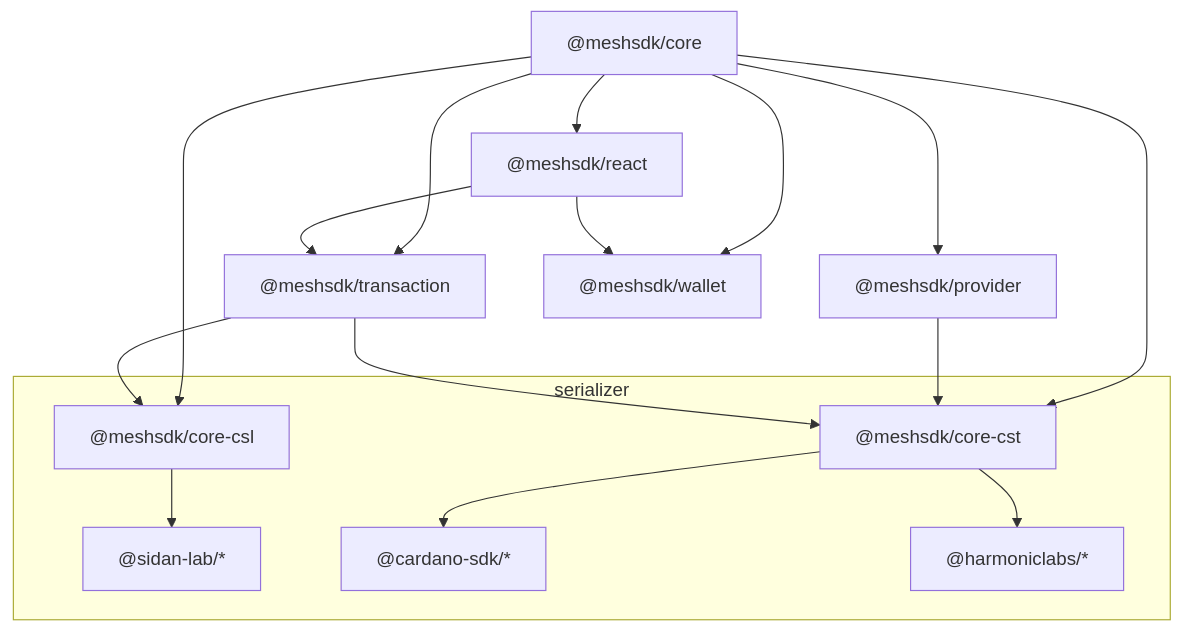
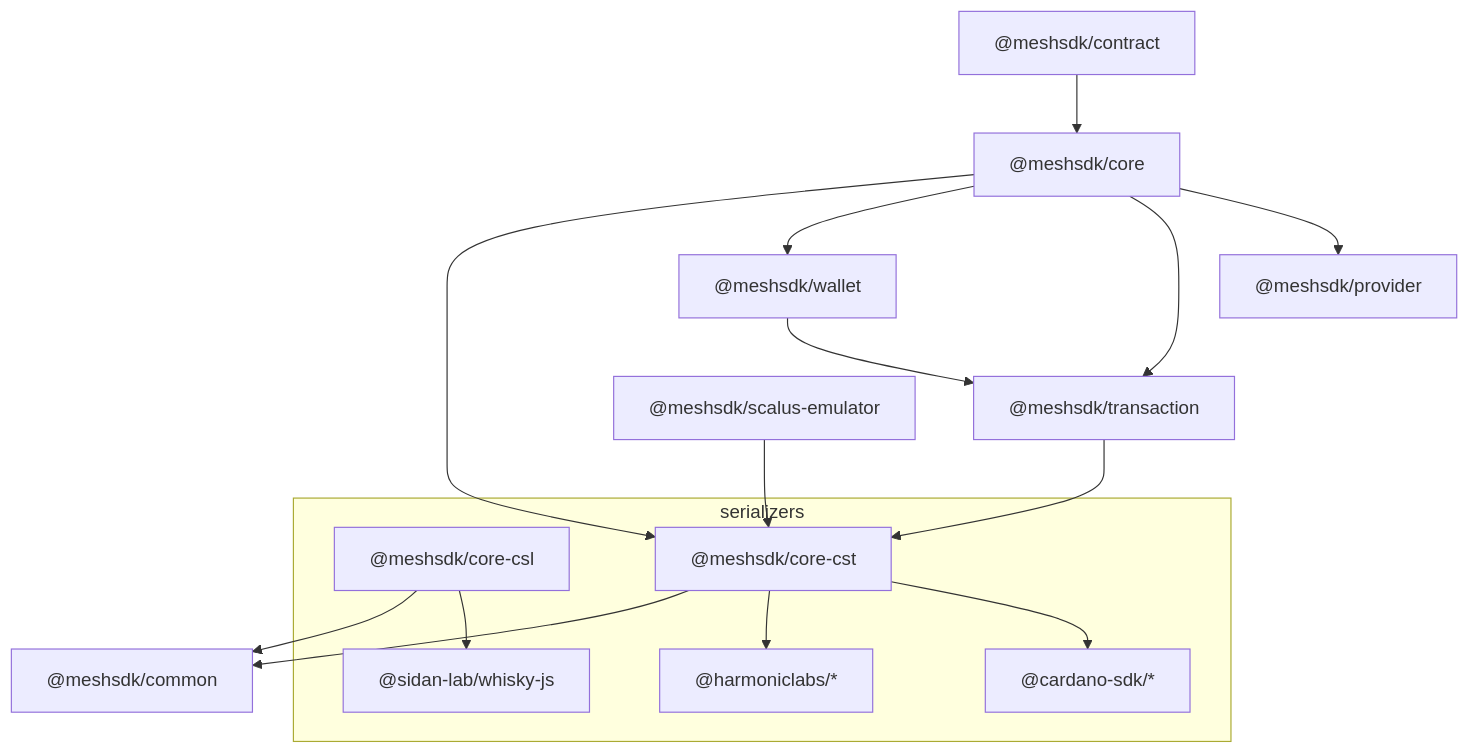
The diagram in README.md (MeshJS/mesh), drawn with Mermaid before and after one commit. The commit also changed other lines of this file, not shown here.

````diff
--- a/README.md
+++ b/README.md
@@ -44,39 +105,40 @@
 ```mermaid
 graph TD
   core["@meshsdk/core"]
+  common["@meshsdk/common"]
   core_csl["@meshsdk/core-csl"]
   core_cst["@meshsdk/core-cst"]
   provider["@meshsdk/provider"]
-  react["@meshsdk/react"]
   transaction["@meshsdk/transaction"]
   wallet["@meshsdk/wallet"]
-  sidan_csl["@sidan-lab/*"]
+  contract["@meshsdk/contract"]
+  emulator["@meshsdk/scalus-emulator"]
+  whisky["@sidan-lab/whisky-js"]
   cardano_sdk["@cardano-sdk/*"]
   harmoniclabs["@harmoniclabs/*"]
 
-  core --> core_csl
-  core --> core_cst
+  contract --> core
   core --> provider
-  core --> react
   core --> transaction
   core --> wallet
-  provider --> core_cst
+  core --> core_cst
+  wallet --> transaction
+  transaction --> core_cst
+  emulator --> core_cst
 
-  react --> transaction
-  react --> wallet
-  transaction --> core_csl
-  transaction --> core_cst
-
-  subgraph serializer
-    core_csl --> sidan_csl
+  subgraph serializers
+    core_csl --> whisky
     core_cst --> cardano_sdk
     core_cst --> harmoniclabs
   end
 
+  core_cst --> common
+  core_csl --> common
+
   click core_csl "https://docs.meshjs.dev/core-csl" _parent
   click core_cst "https://docs.meshjs.dev/core-cst" _parent
-  click provider "https://docs.meshjs.dev/providers" _parent
-  click react "https://meshjs.dev/react" _parent
+  click provider "https://github.com/MeshJS/providers" _parent
   click transaction "https://docs.meshjs.dev/transactions" _parent
   click wallet "https://docs.meshjs.dev/wallets" _parent
+  click contract "https://docs.meshjs.dev/contracts" _parent
 ```
````
